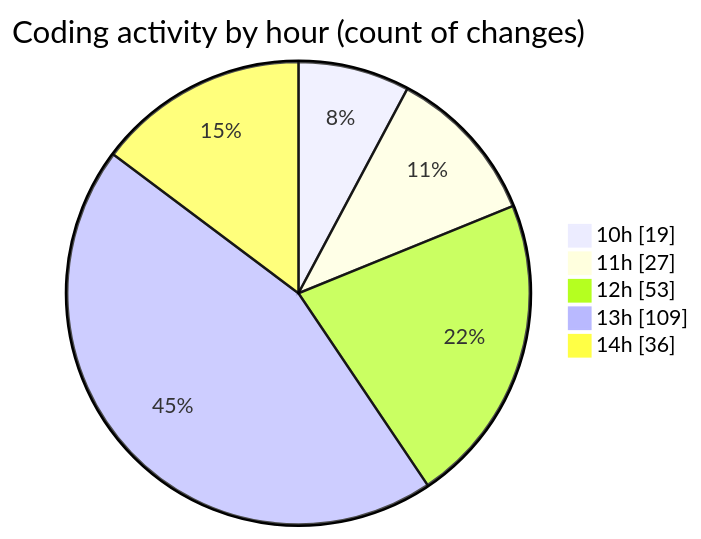
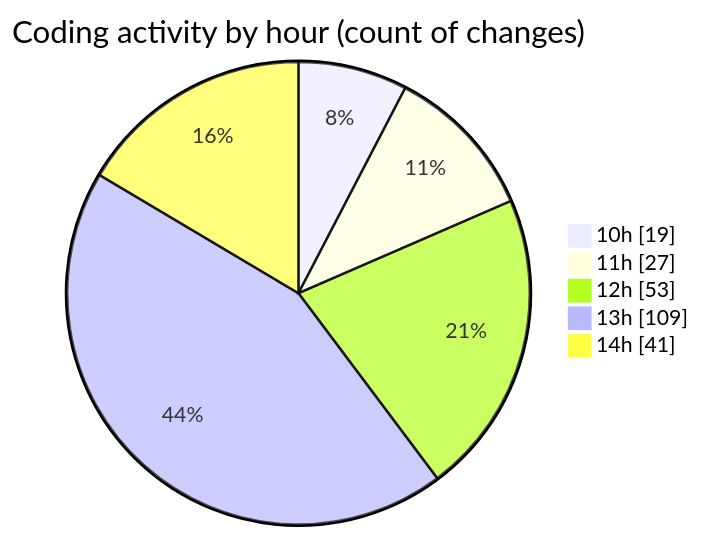
The second of 2 diagrams in 2025-03-18/cda/README.md (momahboobian/code-tracking), drawn with Mermaid before and after one commit. The commit also changed other lines of this file and 1 other file, not shown here.

````diff
--- a/2025-03-18/cda/README.md
+++ b/2025-03-18/cda/README.md
@@ -42,9 +42,9 @@
 ```mermaid
 pie showData
 title Coding activity by hour (count of changes)
 "10h" : 19
 "11h" : 27
 "12h" : 53
 "13h" : 109
-"14h" : 36
+"14h" : 41
 ```
````
